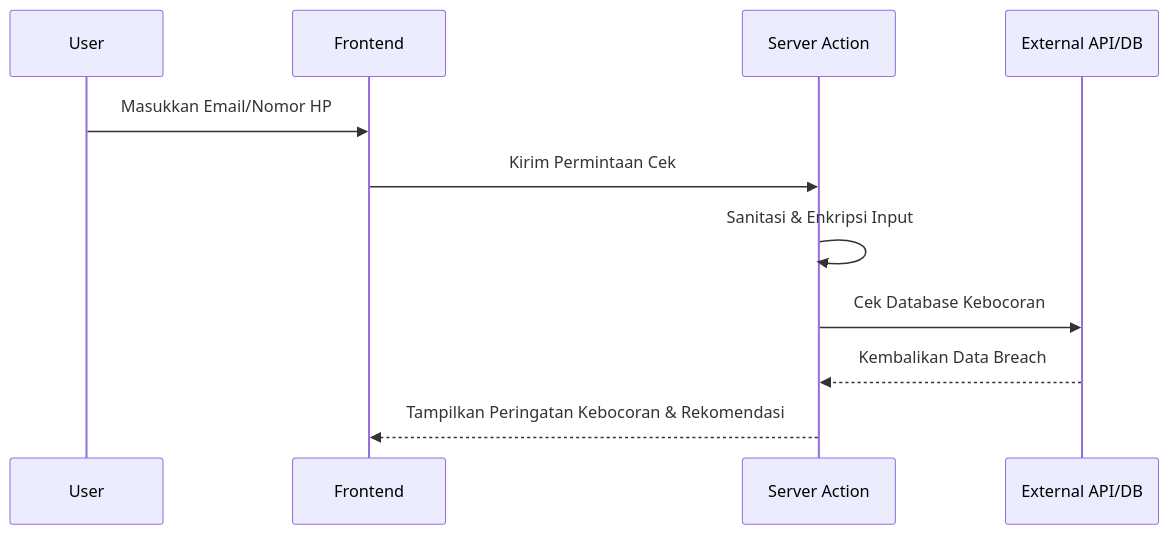
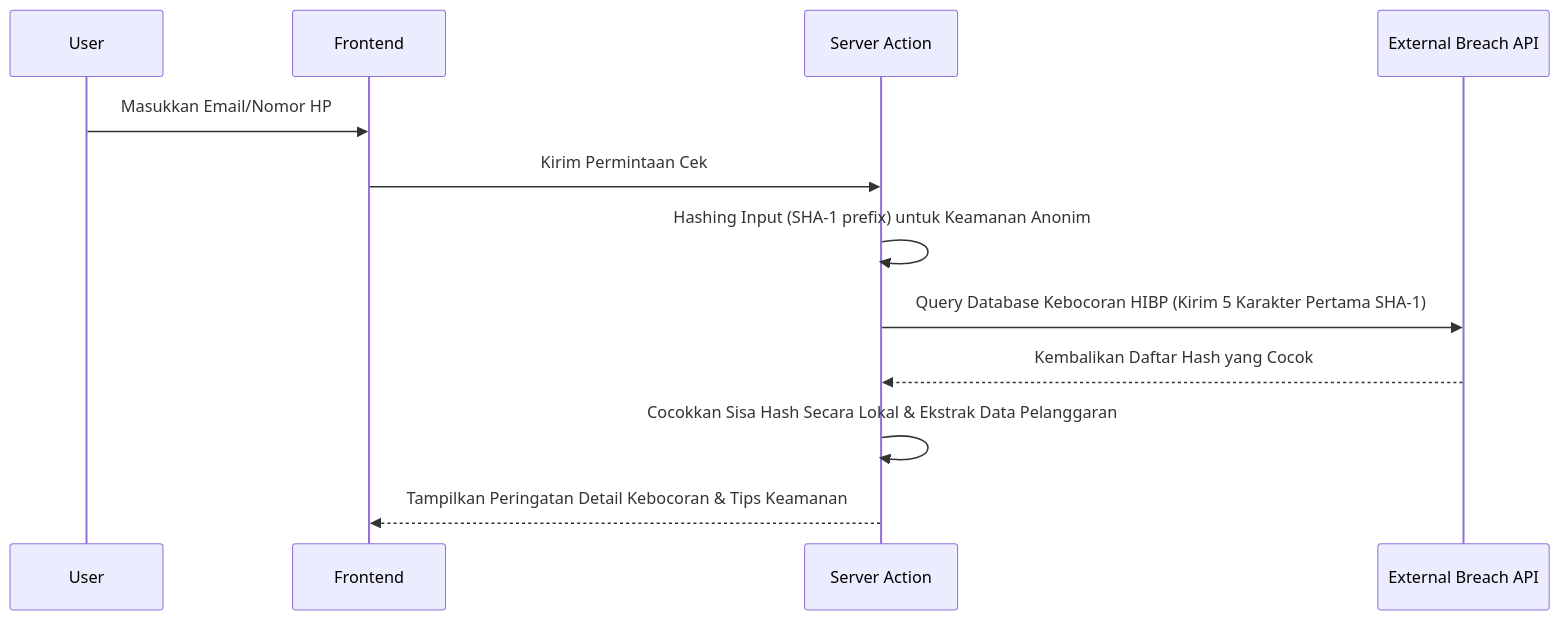
The sixth of 16 diagrams in README.md (kazanaruishere-max/SafeWallet), drawn with Mermaid before and after one commit. The commit also changed other lines of this file, not shown here.

Commit message:
docs: expand README.md with detailed high-level architecture and comprehensive Mermaid workflows for all 6 features

````diff
--- a/README.md
+++ b/README.md
@@ -164,14 +180,15 @@
 ```mermaid
 sequenceDiagram
     participant U as User
     participant F as Frontend
     participant S as Server Action
-    participant HIBP as External API/DB
+    participant HIBP as External Breach API
     
     U->>F: Masukkan Email/Nomor HP
     F->>S: Kirim Permintaan Cek
-    S->>S: Sanitasi & Enkripsi Input
-    S->>HIBP: Cek Database Kebocoran
-    HIBP-->>S: Kembalikan Data Breach
-    S-->>F: Tampilkan Peringatan Kebocoran & Rekomendasi
+    S->>S: Hashing Input (SHA-1 prefix) untuk Keamanan Anonim
+    S->>HIBP: Query Database Kebocoran HIBP (Kirim 5 Karakter Pertama SHA-1)
+    HIBP-->>S: Kembalikan Daftar Hash yang Cocok
+    S->>S: Cocokkan Sisa Hash Secara Lokal & Ekstrak Data Pelanggaran
+    S-->>F: Tampilkan Peringatan Detail Kebocoran & Tips Keamanan
 ```
````
